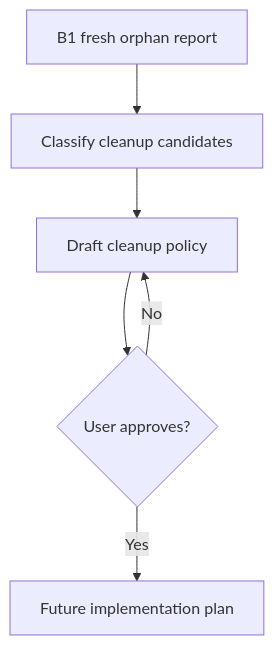
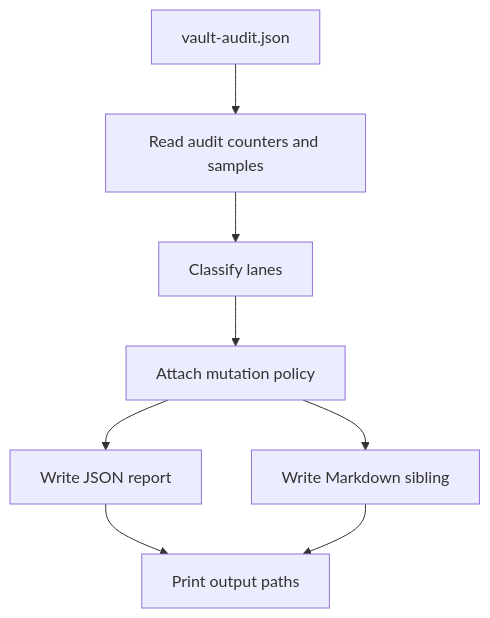
One commit to 6tizer/wiki-mempalace changed the diagram in docs/specs/orphan-governance/design.md. Above: the diagram before and after it, drawn with Mermaid. The commit also changed other lines of this file and 11 other files, not shown here.

Commit message:
feat(b5): add orphan governance report

````diff
--- a/docs/specs/orphan-governance/design.md
+++ b/docs/specs/orphan-governance/design.md
@@ -26,8 +69,10 @@
 ```mermaid
 flowchart TD
-    A["B1 fresh orphan report"] --> B["Classify cleanup candidates"]
-    B --> C["Draft cleanup policy"]
-    C --> D{"User approves?"}
-    D -- "No" --> C
-    D -- "Yes" --> E["Future implementation plan"]
+    A["vault-audit.json"] --> B["Read audit counters and samples"]
+    B --> C["Classify lanes"]
+    C --> D["Attach mutation policy"]
+    D --> E["Write JSON report"]
+    D --> F["Write Markdown sibling"]
+    E --> G["Print output paths"]
+    F --> G
 ```
````
